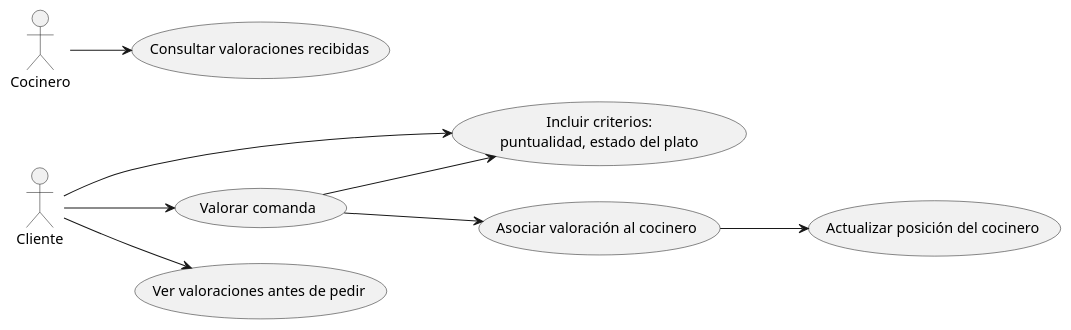
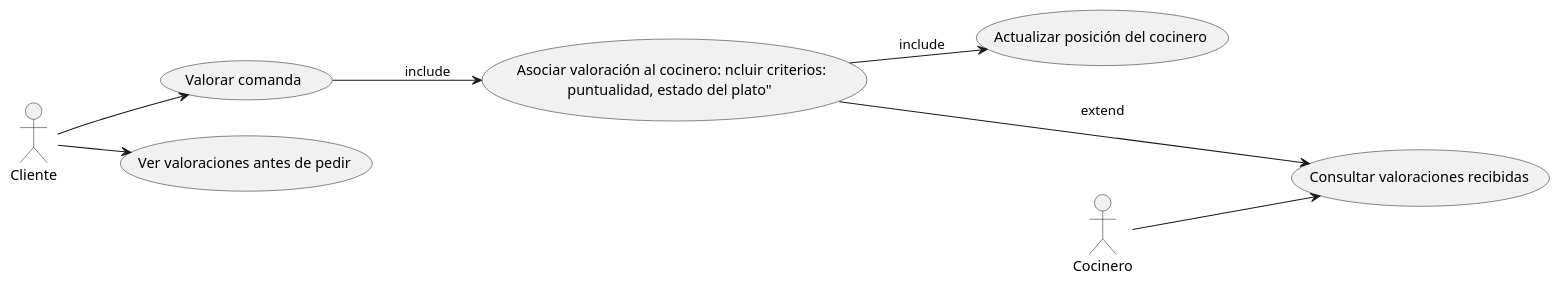
The diagram in documents/Diagrames Casos d'Us/Code Plantuml/code_bloq5.pUML (dabien3/ES25UAB-511-05), drawn with PlantUML before and after one commit.

```diff
--- a/documents/Diagrames Casos d'Us/Code Plantuml/code_bloq5.pUML
+++ b/documents/Diagrames Casos d'Us/Code Plantuml/code_bloq5.pUML
@@ -1,25 +1,23 @@
 @startuml
 left to right direction
 
 actor Cliente
 actor Cocinero
 
 
   usecase  "Valorar comanda" as us1
-  usecase  "Incluir criterios:\npuntualidad, estado del plato" as us2
-  usecase "Asociar valoración al cocinero" as us3
+  usecase "Asociar valoración al cocinero: ncluir criterios:\npuntualidad, estado del plato" " as us3
   usecase  "Actualizar posición del cocinero" as us4
   usecase "Ver valoraciones antes de pedir" as us5
   usecase "Consultar valoraciones recibidas" as us6
 
 Cliente --> us1
-Cliente --> us2
 Cliente --> us5
 
-us1 --> us2
-us1 --> us3
-us3 --> us4
+us1 --> us3: include
+us3 --> us4 : include
+us3 --->  us6 :extend
 
 Cocinero --> us6
 
 @enduml
```
